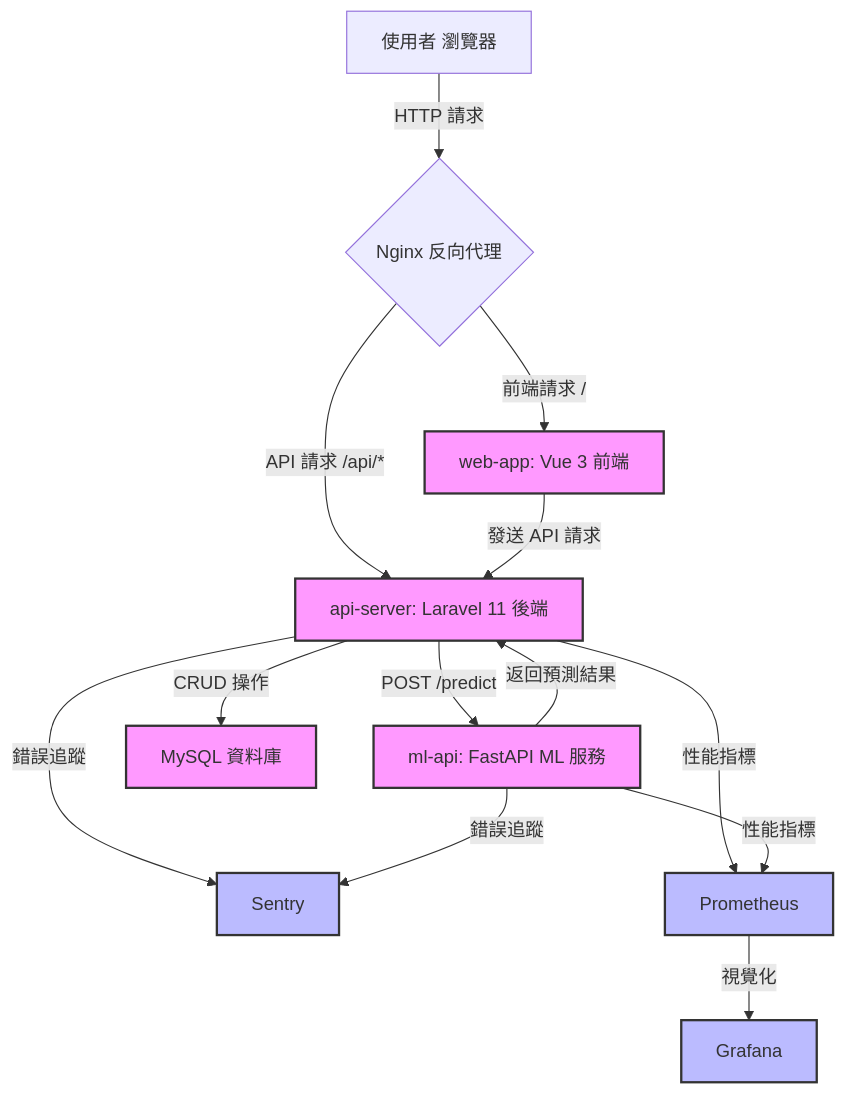
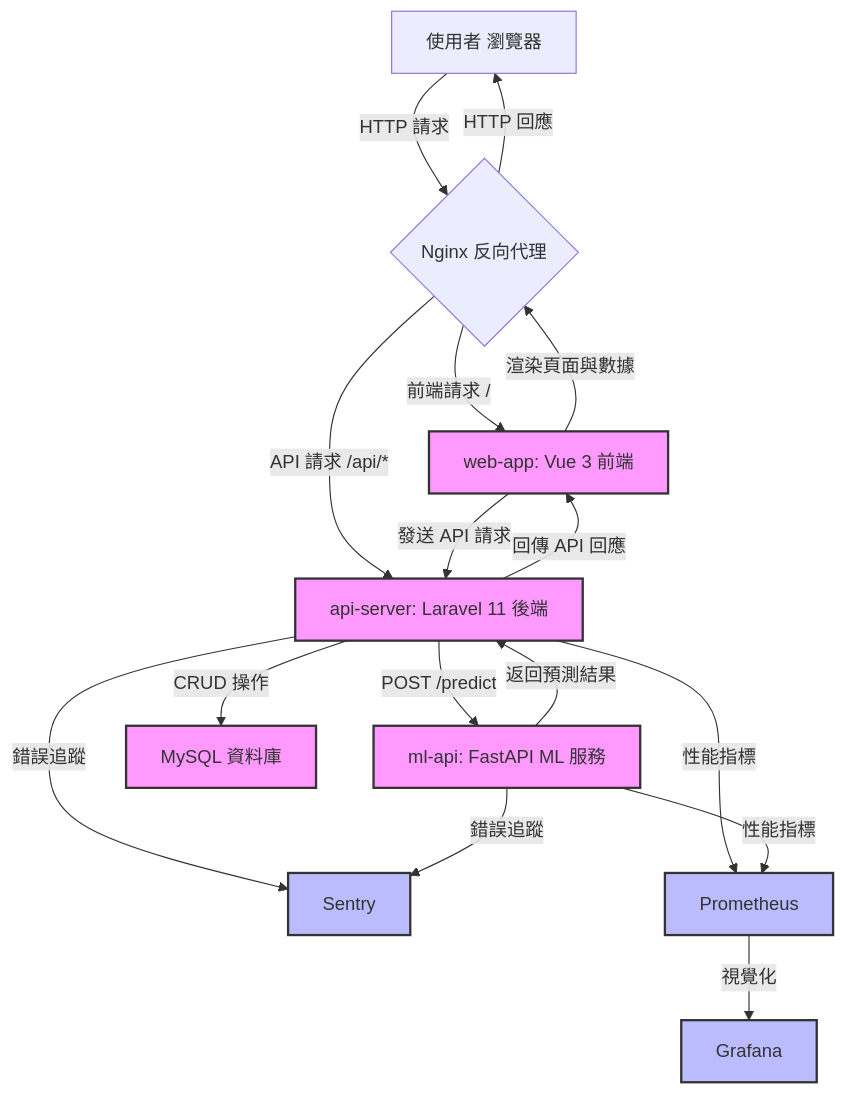
One commit to BpsEason/deliverpredictor changed the diagram in README.md. Above: the diagram before and after it, drawn with Mermaid.

````diff
--- a/README.md
+++ b/README.md
@@ -5,32 +5,37 @@
 ```mermaid
 graph TD
     %% 使用者訪問前端
     A[使用者 瀏覽器] -->|HTTP 請求| B{Nginx 反向代理}
 
     %% Nginx 路由請求
     B -->|前端請求 /| C[web-app: Vue 3 前端]
     B -->|API 請求 /api/*| D[api-server: Laravel 11 後端]
 
     %% 前端與後端交互
     C -->|發送 API 請求| D
+    D -->|回傳 API 回應| C
 
     %% 後端與 ML 服務交互
     D -->|POST /predict| E[ml-api: FastAPI ML 服務]
     E -->|返回預測結果| D
 
     %% 後端與資料庫交互
     D -->|CRUD 操作| F[MySQL 資料庫]
+
+    %% 回應給使用者
+    C -->|渲染頁面與數據| B
+    B -->|HTTP 回應| A
 
     %% 監控服務
     D -->|錯誤追蹤| G[Sentry]
     E -->|錯誤追蹤| G
     D -->|性能指標| H[Prometheus]
     E -->|性能指標| H
     H -->|視覺化| I[Grafana]
 
     %% 服務說明
     classDef service fill:#f9f,stroke:#333,stroke-width:2px;
     class C,D,E,F service;
     classDef monitor fill:#bbf,stroke:#333,stroke-width:2px;
     class G,H,I monitor;
 ```
````
